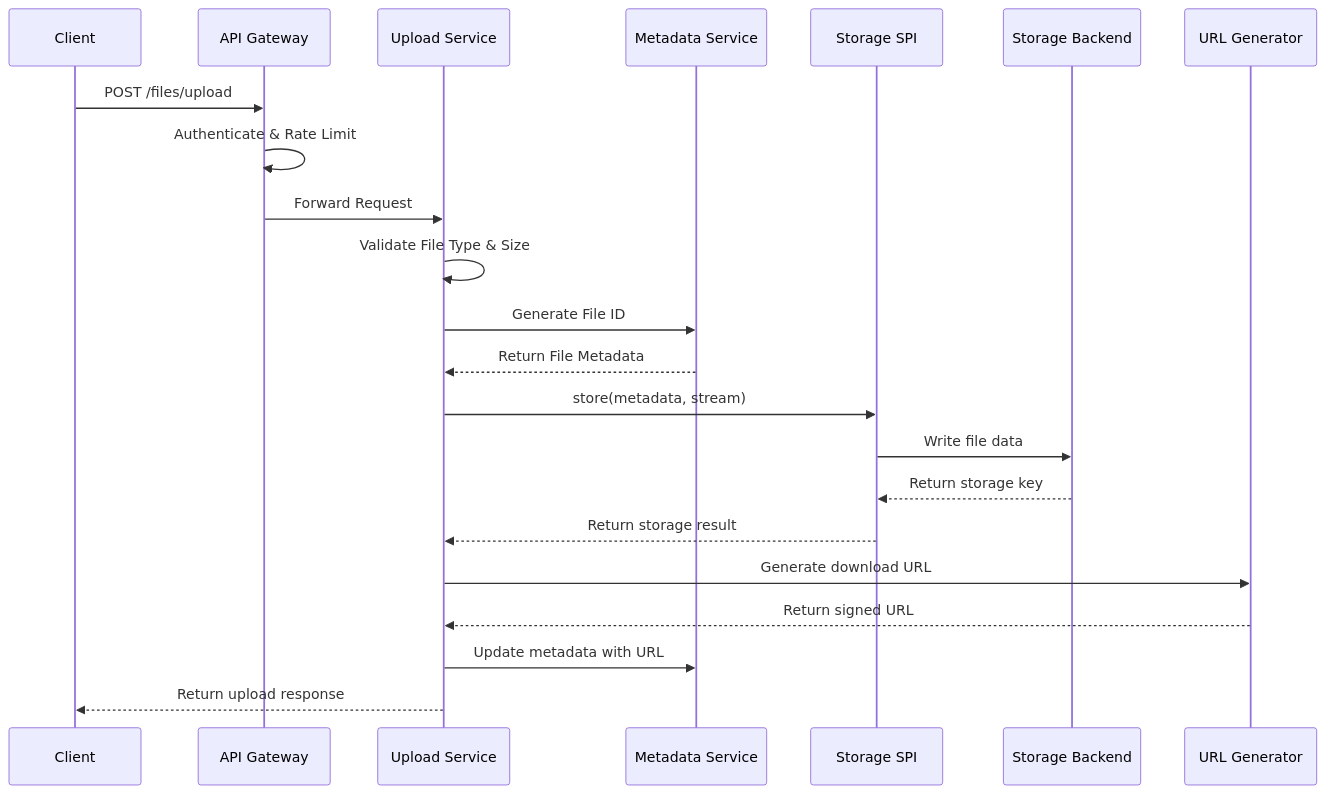
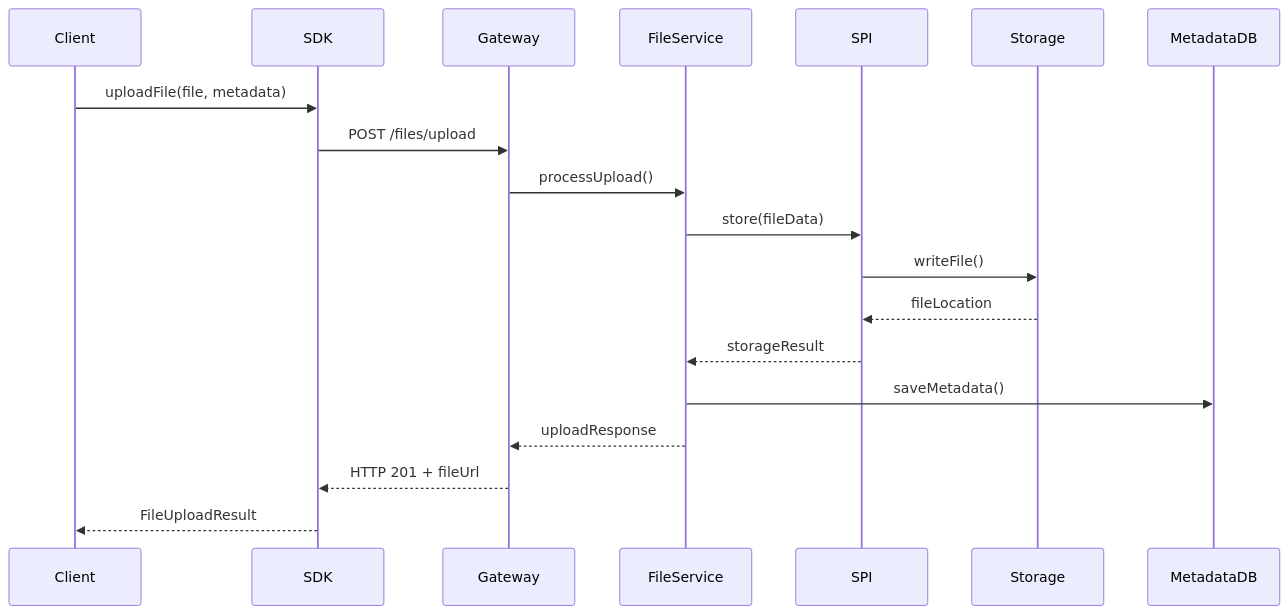
Before and after one commit to shayne007/blog: the second of 8 diagrams in source/_posts/Design-File-Storage-Service.md, drawn with Mermaid. The commit also changed other lines of this file and 1 other file, not shown here.

```diff
--- a/source/_posts/Design-File-Storage-Service.md
+++ b/source/_posts/Design-File-Storage-Service.md
@@ -116,28 +51,21 @@
 {% mermaid sequenceDiagram %}
     participant Client
-    participant API Gateway
-    participant Upload Service
-    participant Metadata Service
-    participant Storage SPI
-    participant Storage Backend
-    participant URL Generator
+    participant SDK
+    participant Gateway
+    participant FileService
+    participant SPI
+    participant Storage
+    participant MetadataDB
     
-    Client->>API Gateway: POST /files/upload
-    API Gateway->>API Gateway: Authenticate & Rate Limit
-    API Gateway->>Upload Service: Forward Request
-    
-    Upload Service->>Upload Service: Validate File Type & Size
-    Upload Service->>Metadata Service: Generate File ID
-    Metadata Service-->>Upload Service: Return File Metadata
-    
-    Upload Service->>Storage SPI: store(metadata, stream)
-    Storage SPI->>Storage Backend: Write file data
-    Storage Backend-->>Storage SPI: Return storage key
-    Storage SPI-->>Upload Service: Return storage result
-    
-    Upload Service->>URL Generator: Generate download URL
-    URL Generator-->>Upload Service: Return signed URL
-    
-    Upload Service->>Metadata Service: Update metadata with URL
-    Upload Service-->>Client: Return upload response
+    Client->>SDK: uploadFile(file, metadata)
+    SDK->>Gateway: POST /files/upload
+    Gateway->>FileService: processUpload()
+    FileService->>SPI: store(fileData)
+    SPI->>Storage: writeFile()
+    Storage-->>SPI: fileLocation
+    SPI-->>FileService: storageResult
+    FileService->>MetadataDB: saveMetadata()
+    FileService-->>Gateway: uploadResponse
+    Gateway-->>SDK: HTTP 201 + fileUrl
+    SDK-->>Client: FileUploadResult
 {% endmermaid %}
```
